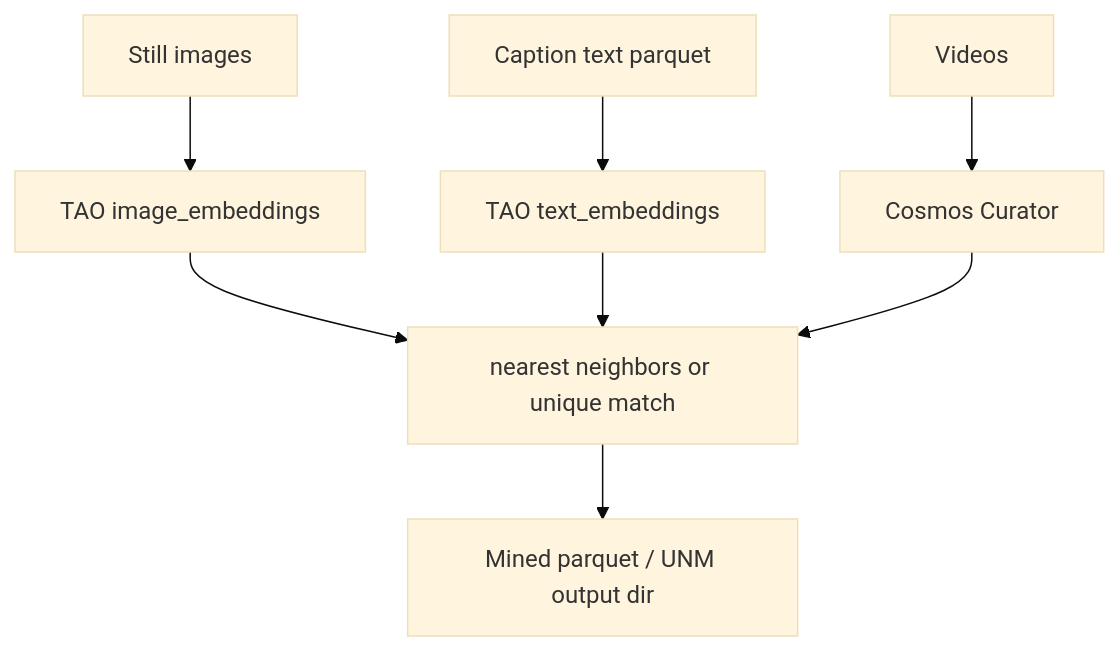
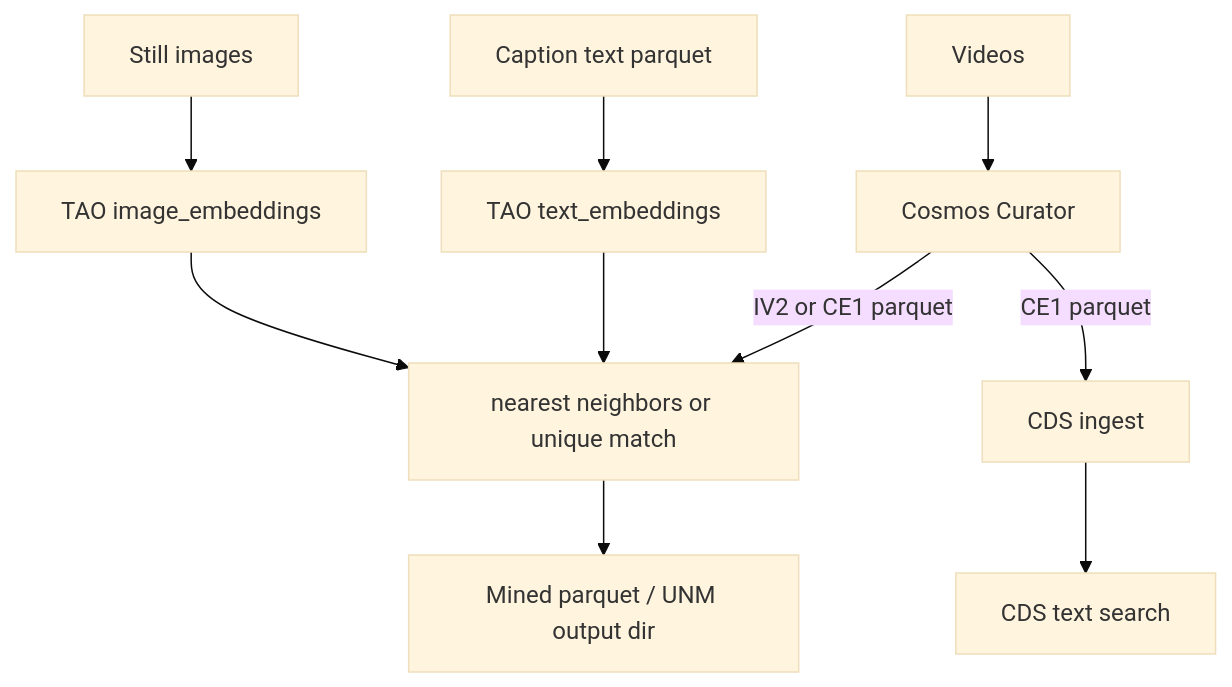
The second of 2 diagrams in docs/developer/architecture.md (NVIDIA/cdf-curation-and-retrieval), drawn with Mermaid (base theme) before and after one commit. The commit also changed other lines of this file and 121 other files, not shown here.

````diff
--- a/docs/developer/architecture.md
+++ b/docs/developer/architecture.md
@@ -64,19 +76,23 @@
 ```mermaid
 flowchart TB
   images[Still images]
   captions[Caption text parquet]
   videos[Videos]
   imgEmb[TAO image_embeddings]
   txtEmb[TAO text_embeddings]
   curator[Cosmos Curator]
   tmm[nearest neighbors or unique match]
   out[Mined parquet / UNM output dir]
+  cdsIngest[CDS ingest]
+  cdsSearch[CDS text search]
 
   images --> imgEmb
   captions --> txtEmb
   videos --> curator
   imgEmb --> tmm
   txtEmb --> tmm
-  curator --> tmm
+  curator -->|IV2 or CE1 parquet| tmm
   tmm --> out
+  curator -->|CE1 parquet| cdsIngest
+  cdsIngest --> cdsSearch
 ```
````
